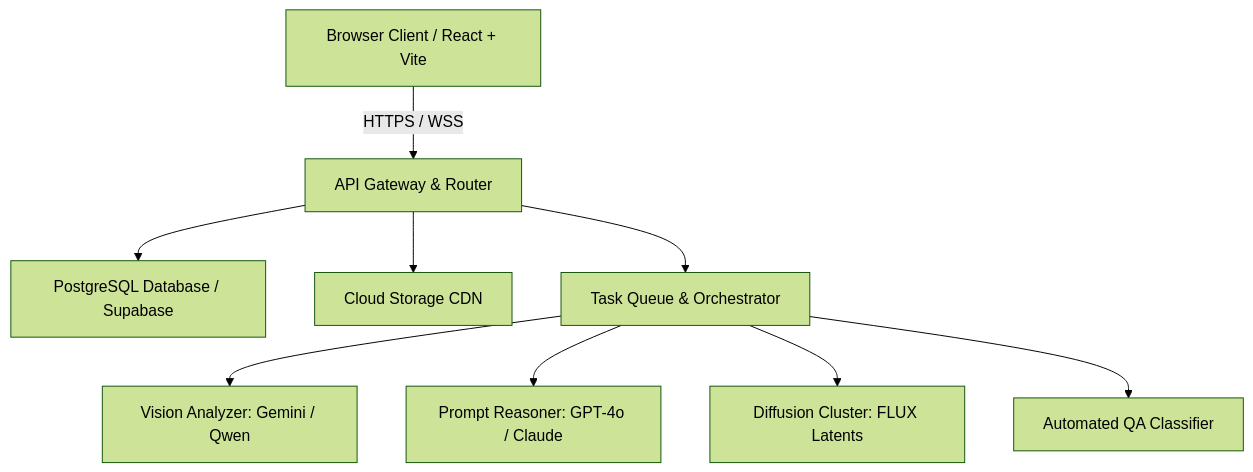
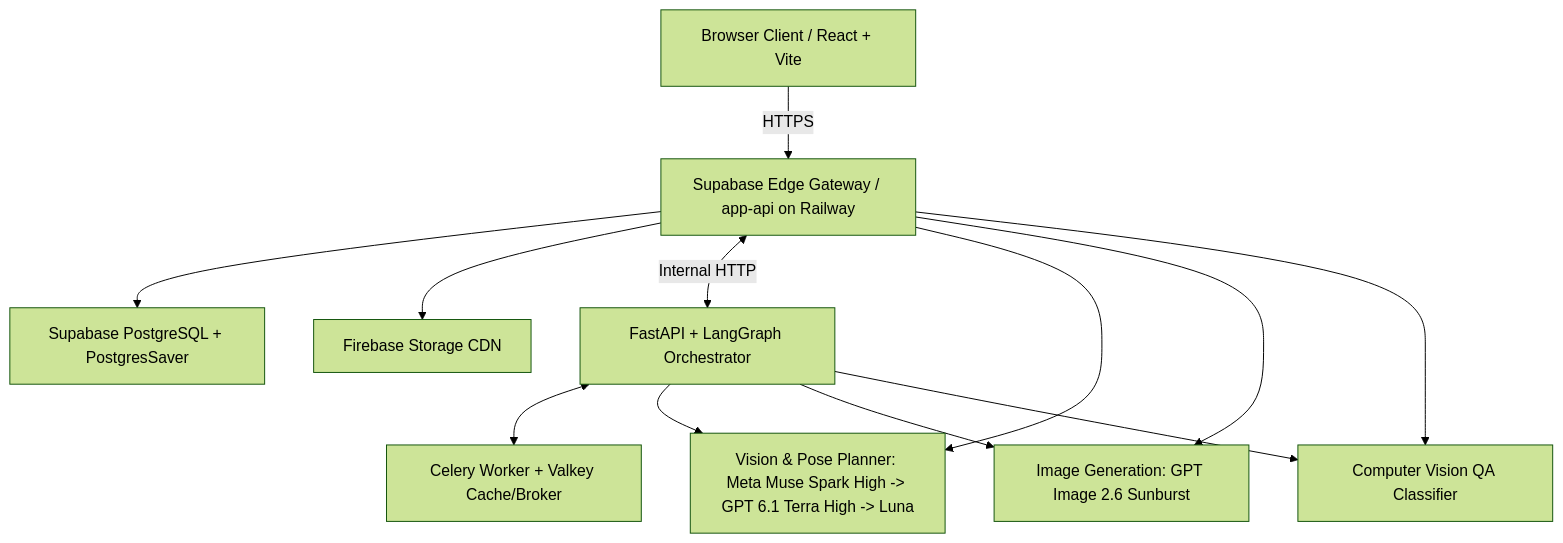
Before and after one commit to pawanshukla500/aistudio-youthnic: the diagram in youthnic-ai-studio-docs/developer/architecture-overview.mdx, drawn with Mermaid (forest theme). The commit also changed other lines of this file and 26 other files, not shown here.

First line of the commit message:
feat(ai-routing): Meta Muse Spark high + GPT 6.1 Terra high fallback & /ponytail + /graphify workflow docs (#146)

````diff
--- a/youthnic-ai-studio-docs/developer/architecture-overview.mdx
+++ b/youthnic-ai-studio-docs/developer/architecture-overview.mdx
@@ -14,11 +14,11 @@
 ```mermaid
 graph TD
-    A[Browser Client / React + Vite] -->|HTTPS / WSS| B[API Gateway & Router]
-    B --> C[PostgreSQL Database / Supabase]
-    B --> D[Cloud Storage CDN]
-    B --> E[Task Queue & Orchestrator]
-    E --> F[Vision Analyzer: Gemini / Qwen]
-    E --> G[Prompt Reasoner: GPT-4o / Claude]
-    E --> H[Diffusion Cluster: FLUX Latents]
-    E --> I[Automated QA Classifier]
+    A[Browser Client / React + Vite] -->|HTTPS| B[Supabase Edge Gateway / app-api on Railway]
+    B --> C[Supabase PostgreSQL + PostgresSaver]
+    B --> D[Firebase Storage CDN]
+    B <-->|Internal HTTP| E[FastAPI + LangGraph Orchestrator]
+    E <--> F[Celery Worker + Valkey Cache/Broker]
+    B & E --> G[Vision & Pose Planner: Meta Muse Spark High -> GPT 6.1 Terra High -> Luna]
+    B & E --> H[Image Generation: GPT Image 2.6 Sunburst]
+    B & E --> I[Computer Vision QA Classifier]
 ```
````
